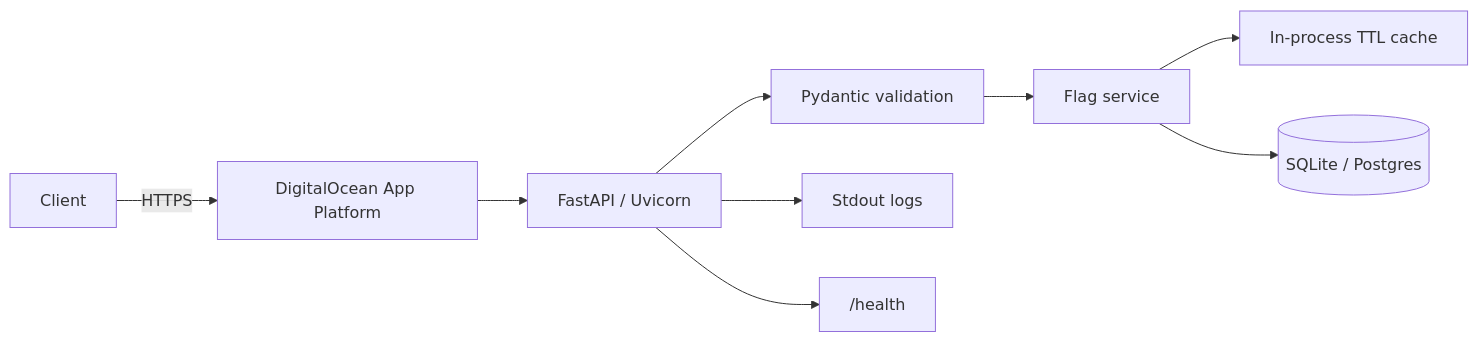
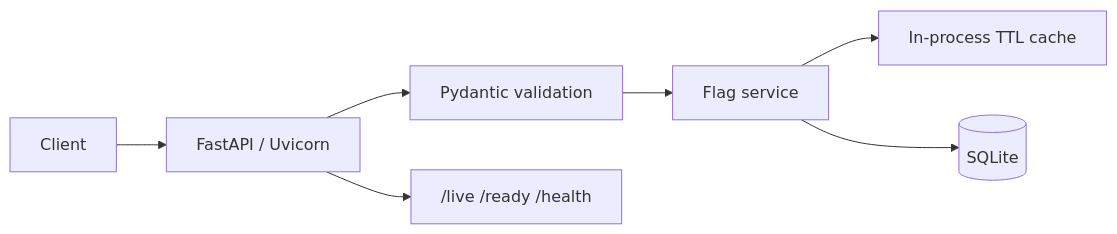
Before and after one commit to jenscui-1936485/feature-flags-api: the first of 2 diagrams in DESIGN.md, drawn with Mermaid. The commit also changed other lines of this file and 23 other files, not shown here.

````diff
--- a/DESIGN.md
+++ b/DESIGN.md
@@ -73,11 +76,9 @@
 ```mermaid
 flowchart LR
-  Client -->|HTTPS| DO[DigitalOcean App Platform]
-  DO --> API[FastAPI / Uvicorn]
+  Client --> API[FastAPI / Uvicorn]
   API --> Val[Pydantic validation]
   Val --> Svc[Flag service]
   Svc --> Cache[In-process TTL cache]
-  Svc --> DB[(SQLite / Postgres)]
-  API --> Log[Stdout logs]
-  API --> Health["/health"]
+  Svc --> DB[(SQLite)]
+  API --> Ready["/live /ready /health"]
 ```
````
